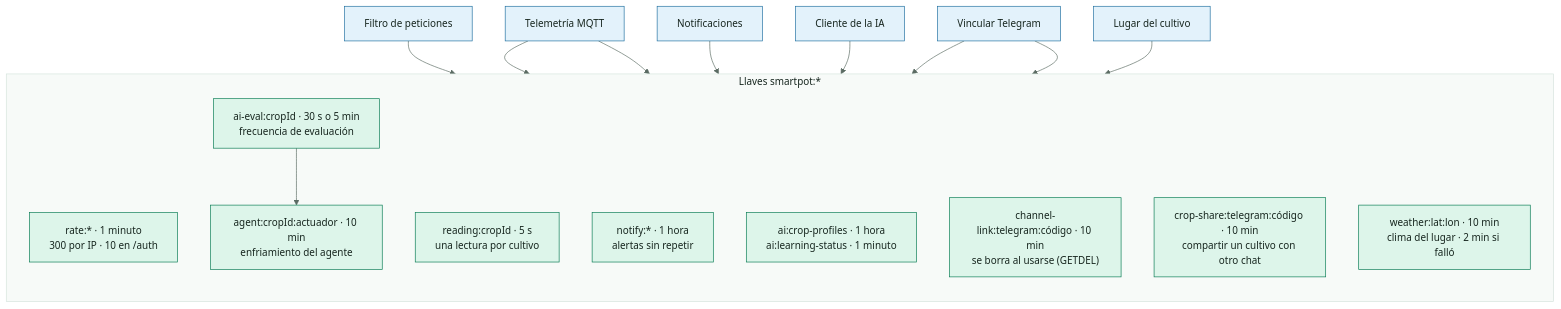
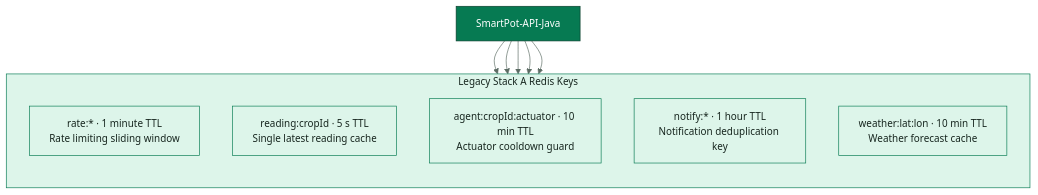
Before and after one commit to SmartPotTech/SmartPot-Cache-Redis: the second of 2 diagrams in docs/SmartPot_Cache_Documentation.md, drawn with Mermaid. The commit also changed other lines of this file and 9 other files, not shown here.

Commit message:
docs(specs): standardize legacy english documentation, notices, diagrams, and manuals

````diff
--- a/docs/SmartPot_Cache_Documentation.md
+++ b/docs/SmartPot_Cache_Documentation.md
@@ -74,33 +64,17 @@
 ```mermaid
 %%{init: {"theme": "base", "fontFamily": "Segoe UI, Arial, sans-serif", "themeVariables": {"fontFamily": "Segoe UI, Arial, sans-serif", "fontSize": "15px", "primaryColor": "#DDF5EA", "primaryTextColor": "#17261F", "primaryBorderColor": "#067A52", "secondaryColor": "#E3F2FB", "secondaryTextColor": "#17261F", "secondaryBorderColor": "#1F6FA0", "tertiaryColor": "#F2F7F4", "tertiaryTextColor": "#17261F", "tertiaryBorderColor": "#D5E3DC", "lineColor": "#5B6B63", "textColor": "#17261F", "mainBkg": "#DDF5EA", "nodeBorder": "#067A52", "clusterBkg": "#F7FAF8", "clusterBorder": "#D5E3DC", "edgeLabelBackground": "#FFFFFF", "actorBkg": "#067A52", "actorBorder": "#0B3D2B", "actorTextColor": "#FFFFFF", "actorLineColor": "#5B6B63", "signalColor": "#17261F", "signalTextColor": "#17261F", "labelBoxBkgColor": "#0B3D2B", "labelBoxBorderColor": "#0B3D2B", "labelTextColor": "#FFFFFF", "loopTextColor": "#0B3D2B", "noteBkgColor": "#FDF4DD", "noteBorderColor": "#C98D12", "noteTextColor": "#17261F", "activationBkgColor": "#DDF5EA", "activationBorderColor": "#067A52", "attributeBackgroundColorOdd": "#FFFFFF", "attributeBackgroundColorEven": "#F2F7F4"}}}%%
 flowchart TB
-  subgraph llaves["Llaves smartpot:*"]
+  subgraph keys["Legacy Stack A Redis Keys"]
     direction TB
-    rate["rate:* · 1 minuto<br/>300 por IP · 10 en /auth"]
-    reading["reading:cropId · 5 s<br/>una lectura por cultivo"]
-    aieval["ai-eval:cropId · 30 s o 5 min<br/>frecuencia de evaluación"]
-    agent["agent:cropId:actuador · 10 min<br/>enfriamiento del agente"]
-    notify["notify:* · 1 hora<br/>alertas sin repetir"]
-    profiles["ai:crop-profiles · 1 hora<br/>ai:learning-status · 1 minuto"]
-    link["channel-link:telegram:código · 10 min<br/>se borra al usarse (GETDEL)"]
-    share["crop-share:telegram:código · 10 min<br/>compartir un cultivo con otro chat"]
-    weather["weather:lat:lon · 10 min<br/>clima del lugar · 2 min si falló"]
+    rate["rate:* · 1 minute TTL<br/>Rate limiting sliding window"]
+    reading["reading:cropId · 5 s TTL<br/>Single latest reading cache"]
+    agent["agent:cropId:actuator · 10 min TTL<br/>Actuator cooldown guard"]
+    notify["notify:* · 1 hour TTL<br/>Notification deduplication key"]
+    weather["weather:lat:lon · 10 min TTL<br/>Weather forecast cache"]
   end
-  http["Filtro de peticiones"] --> rate
-  mqtt["Telemetría MQTT"] --> reading
-  mqtt --> aieval --> agent
-  alerts["Notificaciones"] --> notify
-  ai["Cliente de la IA"] --> profiles
-  tg["Vincular Telegram"] --> link
-  tg --> share
-  crops["Lugar del cultivo"] --> weather
+  api["SmartPot-API-Java"] --> rate & reading & agent & notify & weather
+  classDef core fill:#067A52,stroke:#0B3D2B,color:#FFFFFF
   classDef leaf fill:#DDF5EA,stroke:#067A52,color:#17261F
-  classDef water fill:#E3F2FB,stroke:#1F6FA0,color:#17261F
-  classDef sun fill:#FDF4DD,stroke:#C98D12,color:#17261F
-  classDef clay fill:#FBE9E1,stroke:#B85A38,color:#17261F
-  classDef core fill:#067A52,stroke:#0B3D2B,color:#FFFFFF
-  classDef deep fill:#0B3D2B,stroke:#06281C,color:#FFFFFF
-  classDef muted fill:#F2F7F4,stroke:#5B6B63,color:#17261F
-  class rate,reading,aieval,agent,notify,profiles,link,share,weather leaf
-  class http,mqtt,alerts,ai,tg,crops water
+  class api core
+  class keys,rate,reading,agent,notify,weather leaf
 ```
````
